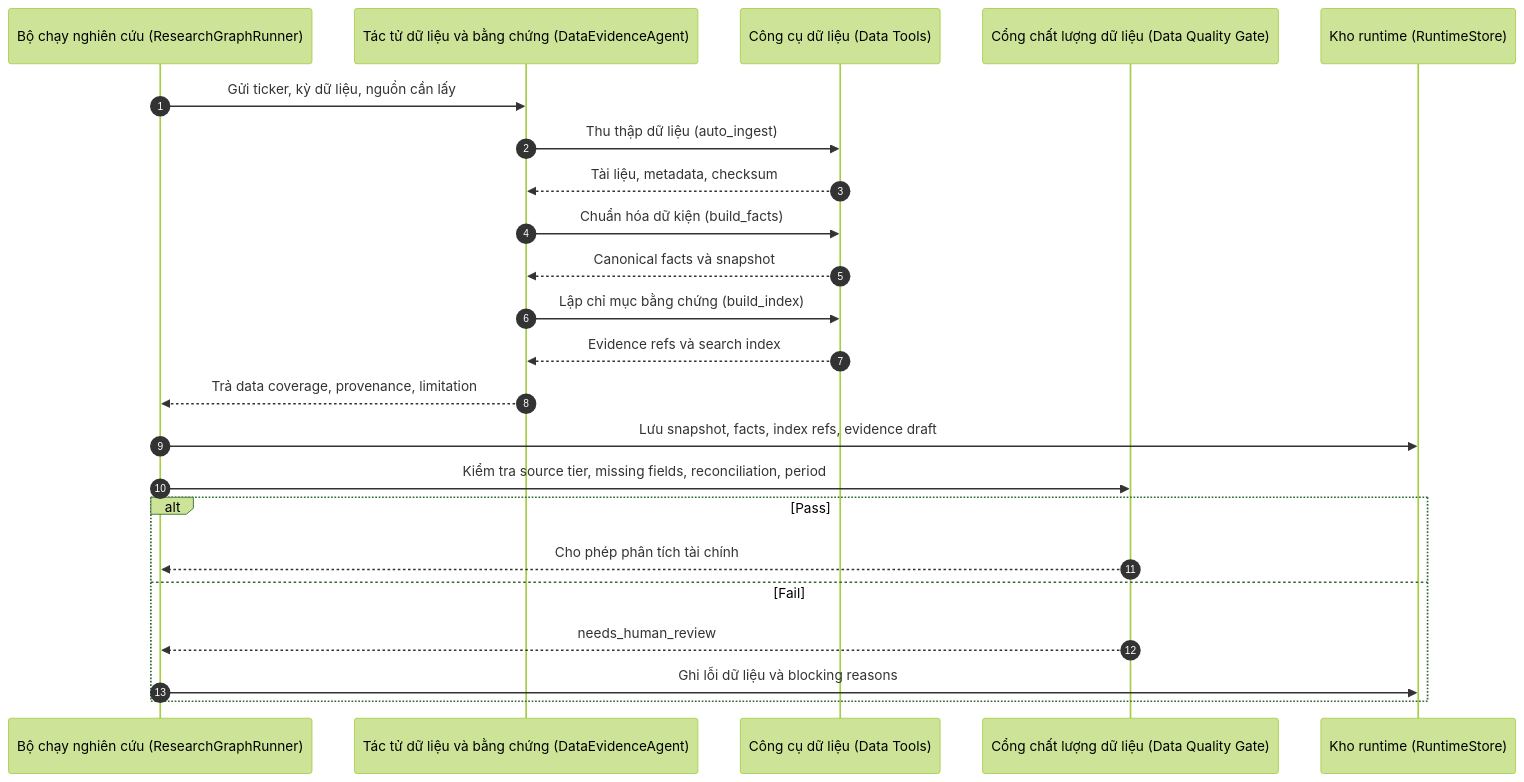
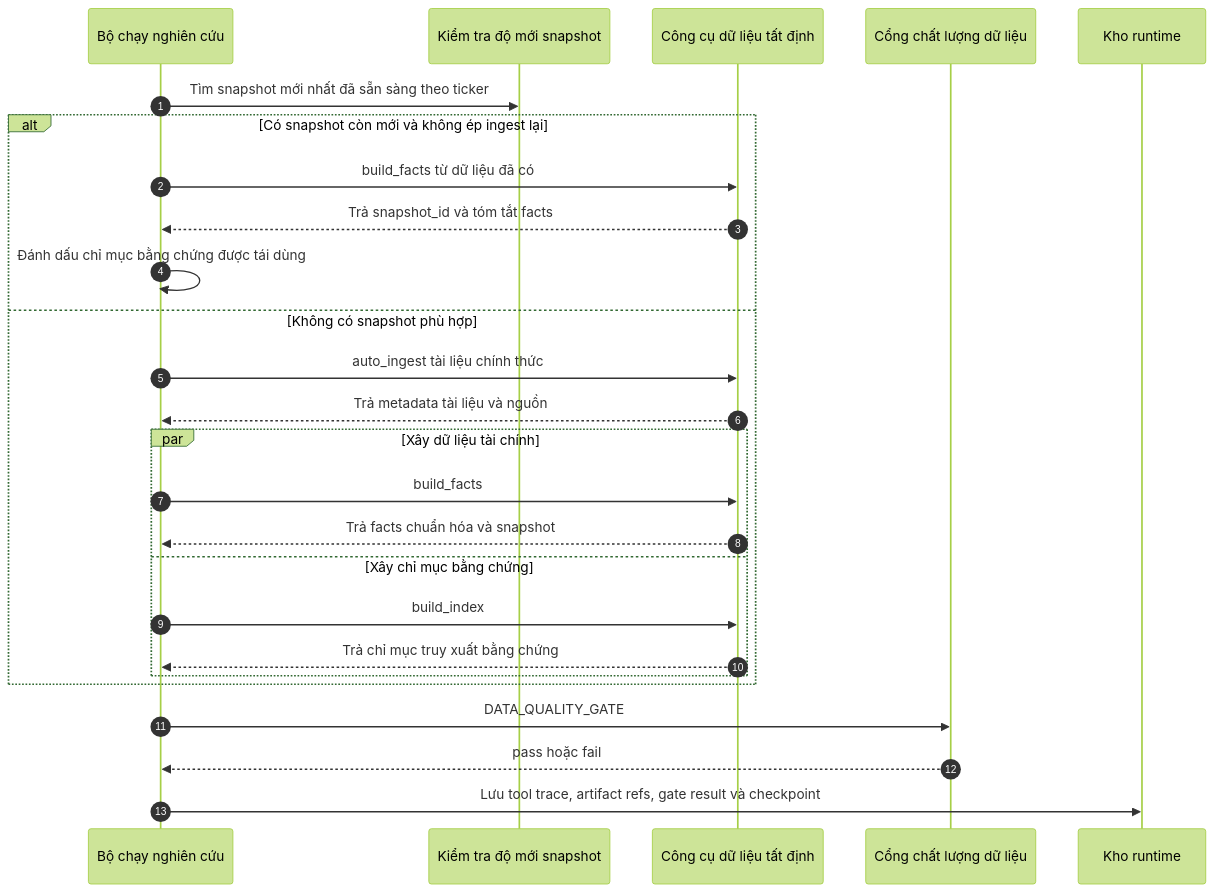
The sixth of 24 diagrams in docs/SEQUENCE.md (haubelerche/equity-research-system), drawn with Mermaid (forest theme) before and after one commit. The commit also changed other lines of this file and 56 other files, not shown here.

````diff
--- a/docs/SEQUENCE.md
+++ b/docs/SEQUENCE.md
@@ -130,26 +175,29 @@
 ```mermaid
 sequenceDiagram
     autonumber
-    participant R as Bộ chạy nghiên cứu (ResearchGraphRunner)
-    participant D as Tác tử dữ liệu và bằng chứng (DataEvidenceAgent)
-    participant T as Công cụ dữ liệu (Data Tools)
-    participant G as Cổng chất lượng dữ liệu (Data Quality Gate)
-    participant S as Kho runtime (RuntimeStore)
+    participant R as Bộ chạy nghiên cứu
+    participant F as Kiểm tra độ mới snapshot
+    participant T as Công cụ dữ liệu tất định
+    participant G as Cổng chất lượng dữ liệu
+    participant S as Kho runtime
 
-    R->>D: Gửi ticker, kỳ dữ liệu, nguồn cần lấy
-    D->>T: Thu thập dữ liệu (auto_ingest)
-    T-->>D: Tài liệu, metadata, checksum
-    D->>T: Chuẩn hóa dữ kiện (build_facts)
-    T-->>D: Canonical facts và snapshot
-    D->>T: Lập chỉ mục bằng chứng (build_index)
-    T-->>D: Evidence refs và search index
-    D-->>R: Trả data coverage, provenance, limitation
-    R->>S: Lưu snapshot, facts, index refs, evidence draft
-    R->>G: Kiểm tra source tier, missing fields, reconciliation, period
-    alt Pass
-        G-->>R: Cho phép phân tích tài chính
-    else Fail
-        G-->>R: needs_human_review
-        R->>S: Ghi lỗi dữ liệu và blocking reasons
+    R->>F: Tìm snapshot mới nhất đã sẵn sàng theo ticker
+    alt Có snapshot còn mới và không ép ingest lại
+        R->>T: build_facts từ dữ liệu đã có
+        T-->>R: Trả snapshot_id và tóm tắt facts
+        R->>R: Đánh dấu chỉ mục bằng chứng được tái dùng
+    else Không có snapshot phù hợp
+        R->>T: auto_ingest tài liệu chính thức
+        T-->>R: Trả metadata tài liệu và nguồn
+        par Xây dữ liệu tài chính
+            R->>T: build_facts
+            T-->>R: Trả facts chuẩn hóa và snapshot
+        and Xây chỉ mục bằng chứng
+            R->>T: build_index
+            T-->>R: Trả chỉ mục truy xuất bằng chứng
+        end
     end
+    R->>G: DATA_QUALITY_GATE
+    G-->>R: pass hoặc fail
+    R->>S: Lưu tool trace, artifact refs, gate result và checkpoint
 ```
````
